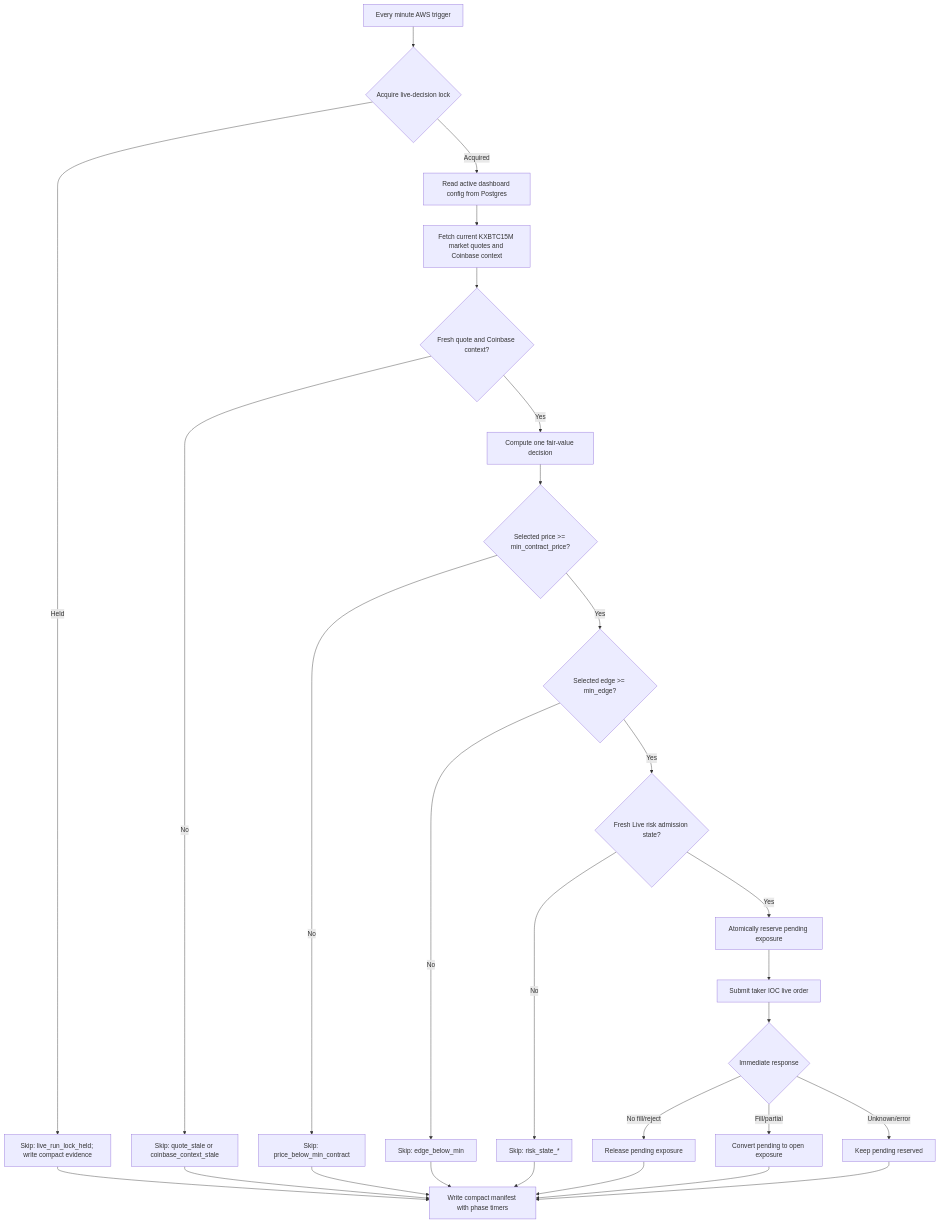
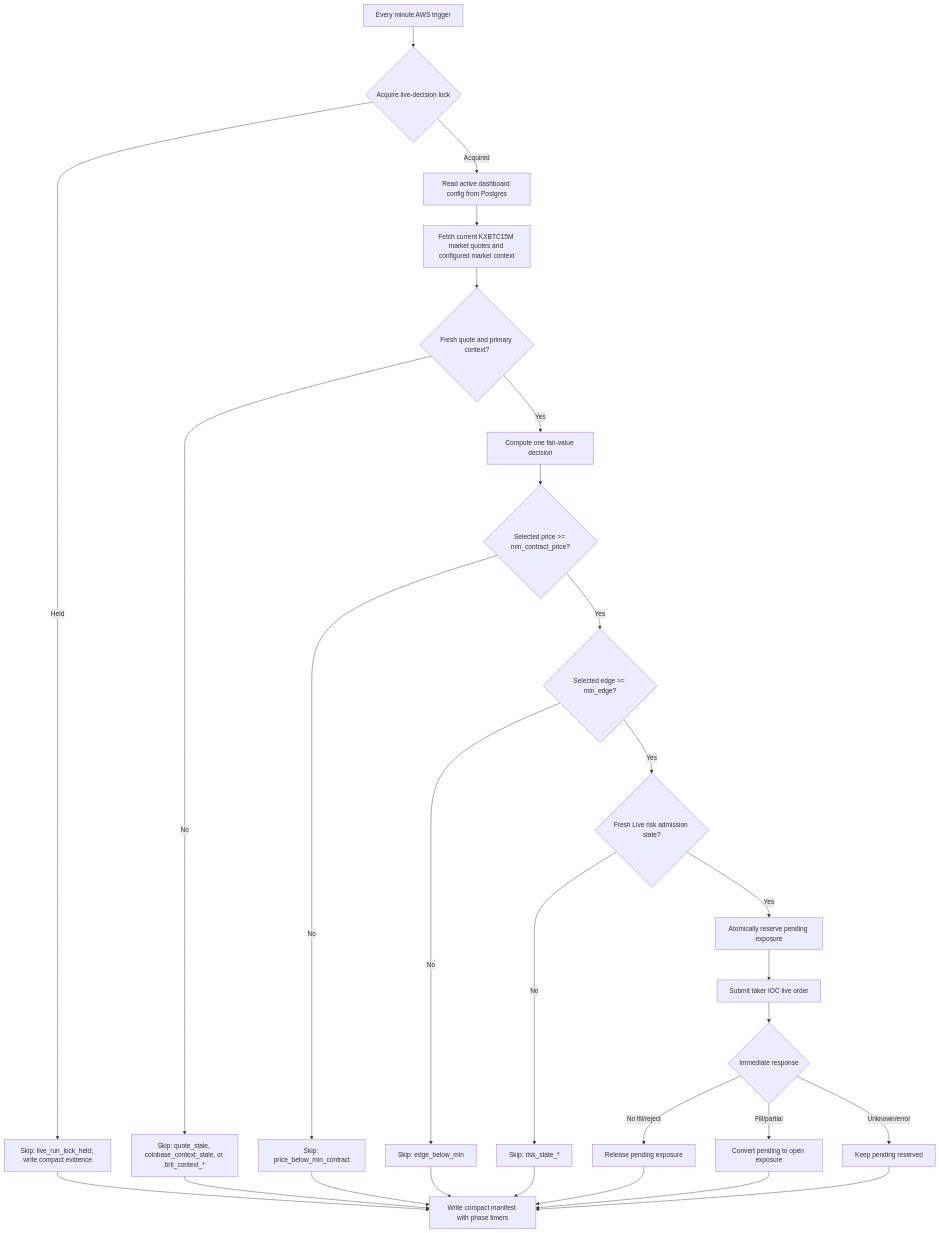
The diagram in docs/strategy/fair-value-live-strategy.md (sidmohan0/alphadb), drawn with Mermaid before and after one commit. The commit also changed other lines of this file and 7 other files, not shown here.

First line of the commit message:
feat: consume BRTI market context in fair value

````diff
--- a/docs/strategy/fair-value-live-strategy.md
+++ b/docs/strategy/fair-value-live-strategy.md
@@ -86,30 +98,30 @@
 ```mermaid
 flowchart TD
     A["Every minute AWS trigger"] --> B{"Acquire live-decision lock"}
     B -- "Held" --> C["Skip: live_run_lock_held; write compact evidence"]
     B -- "Acquired" --> D["Read active dashboard config from Postgres"]
-    D --> E["Fetch current KXBTC15M market quotes and Coinbase context"]
-    E --> F{"Fresh quote and Coinbase context?"}
-    F -- "No" --> G["Skip: quote_stale or coinbase_context_stale"]
+    D --> E["Fetch current KXBTC15M market quotes and configured market context"]
+    E --> F{"Fresh quote and primary context?"}
+    F -- "No" --> G["Skip: quote_stale, coinbase_context_stale, or brti_context_*"]
     F -- "Yes" --> H["Compute one fair-value decision"]
     H --> I{"Selected price >= min_contract_price?"}
     I -- "No" --> J["Skip: price_below_min_contract"]
     I -- "Yes" --> K{"Selected edge >= min_edge?"}
     K -- "No" --> L["Skip: edge_below_min"]
     K -- "Yes" --> M{"Fresh Live risk admission state?"}
     M -- "No" --> N["Skip: risk_state_*"]
     M -- "Yes" --> O["Atomically reserve pending exposure"]
     O --> P["Submit taker IOC live order"]
     P --> Q{"Immediate response"}
     Q -- "No fill/reject" --> R["Release pending exposure"]
     Q -- "Fill/partial" --> S["Convert pending to open exposure"]
     Q -- "Unknown/error" --> T["Keep pending reserved"]
     C --> U["Write compact manifest with phase timers"]
     G --> U
     J --> U
     L --> U
     N --> U
     R --> U
     S --> U
     T --> U
 ```
````
